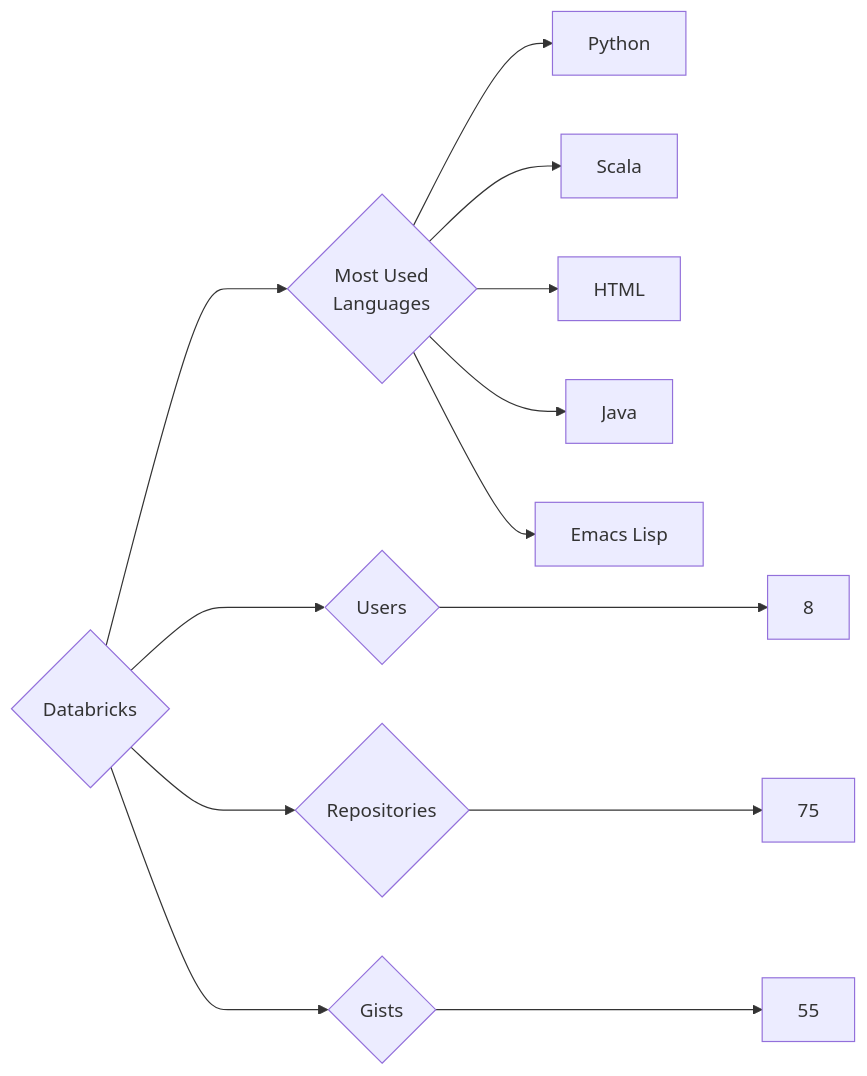
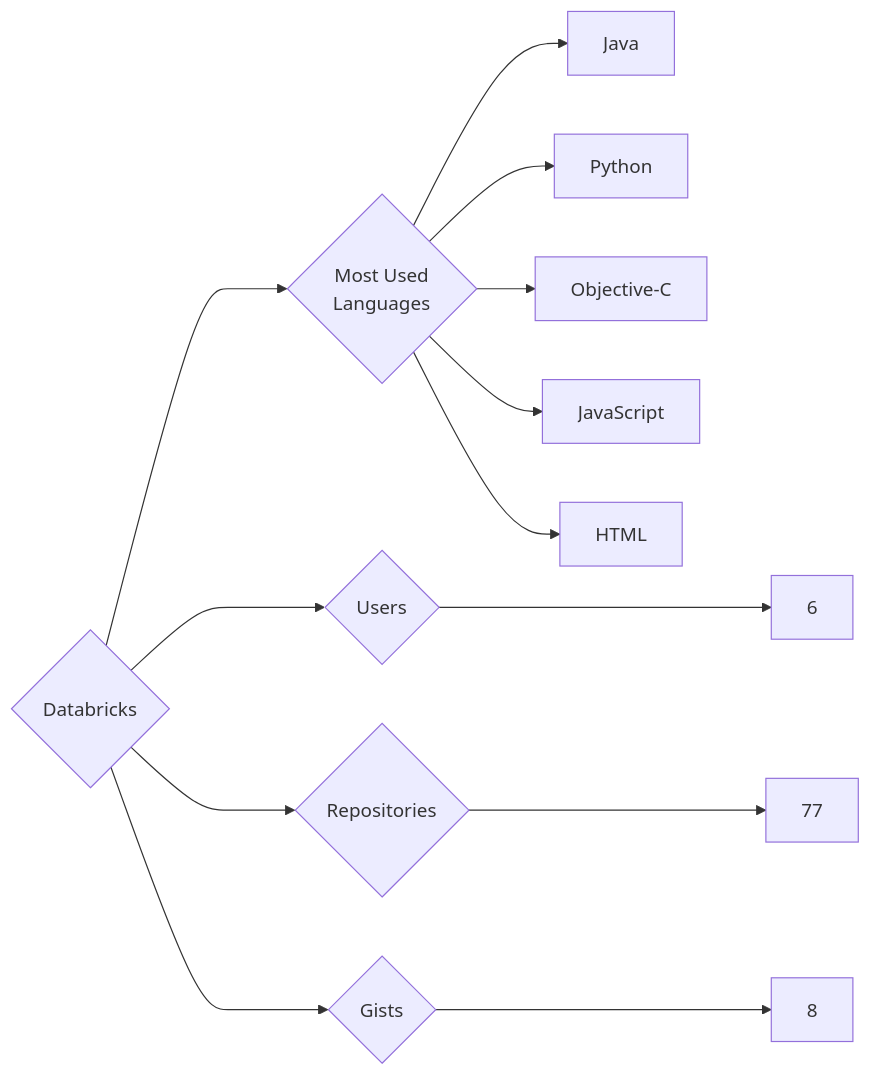
The diagram in targets/Databricks/README.md (trickest/insiders), drawn with Mermaid before and after one commit. The commit also changed 1007 other files, not shown here.

````diff
--- a/targets/Databricks/README.md
+++ b/targets/Databricks/README.md
@@ -3,13 +3,13 @@
 ```mermaid
 graph LR
 COMPANY_NAME{Databricks}
-COMPANY_NAME ---> U{Users} ---> UN[8]
-COMPANY_NAME ---> R{Repositories} ---> RN[75]
-COMPANY_NAME ---> G{Gists} ---> GN[55]
+COMPANY_NAME ---> U{Users} ---> UN[6]
+COMPANY_NAME ---> R{Repositories} ---> RN[77]
+COMPANY_NAME ---> G{Gists} ---> GN[8]
 COMPANY_NAME ---> ML{Most Used<br>Languages}
+ML --> Java[Java]
 ML --> Python[Python]
-ML --> Scala[Scala]
+ML --> Objective-C[Objective-C]
+ML --> JavaScript[JavaScript]
 ML --> HTML[HTML]
-ML --> Java[Java]
-ML --> Emacs_Lisp[Emacs Lisp]
 ```
````
